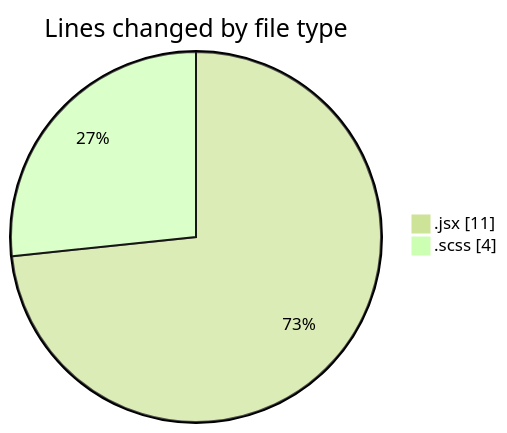
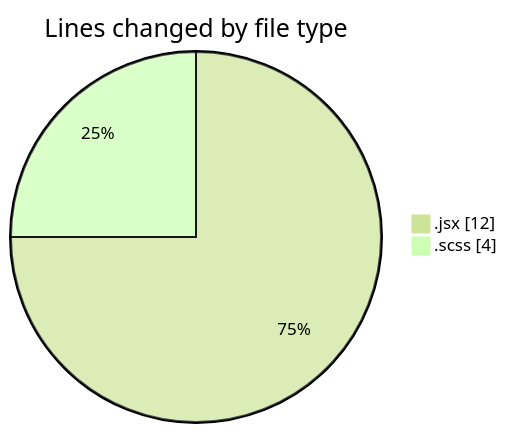
Before and after one commit to momahboobian/code-tracking: the first of 2 diagrams in 2025-06-04/cda/README.md, drawn with Mermaid (forest theme). The commit also changed other lines of this file and 1 other file, not shown here.

````diff
--- a/2025-06-04/cda/README.md
+++ b/2025-06-04/cda/README.md
@@ -21,6 +21,6 @@
 ```mermaid
 pie showData
 title Lines changed by file type
-".jsx" : 11
+".jsx" : 12
 ".scss" : 4
 ```
````
